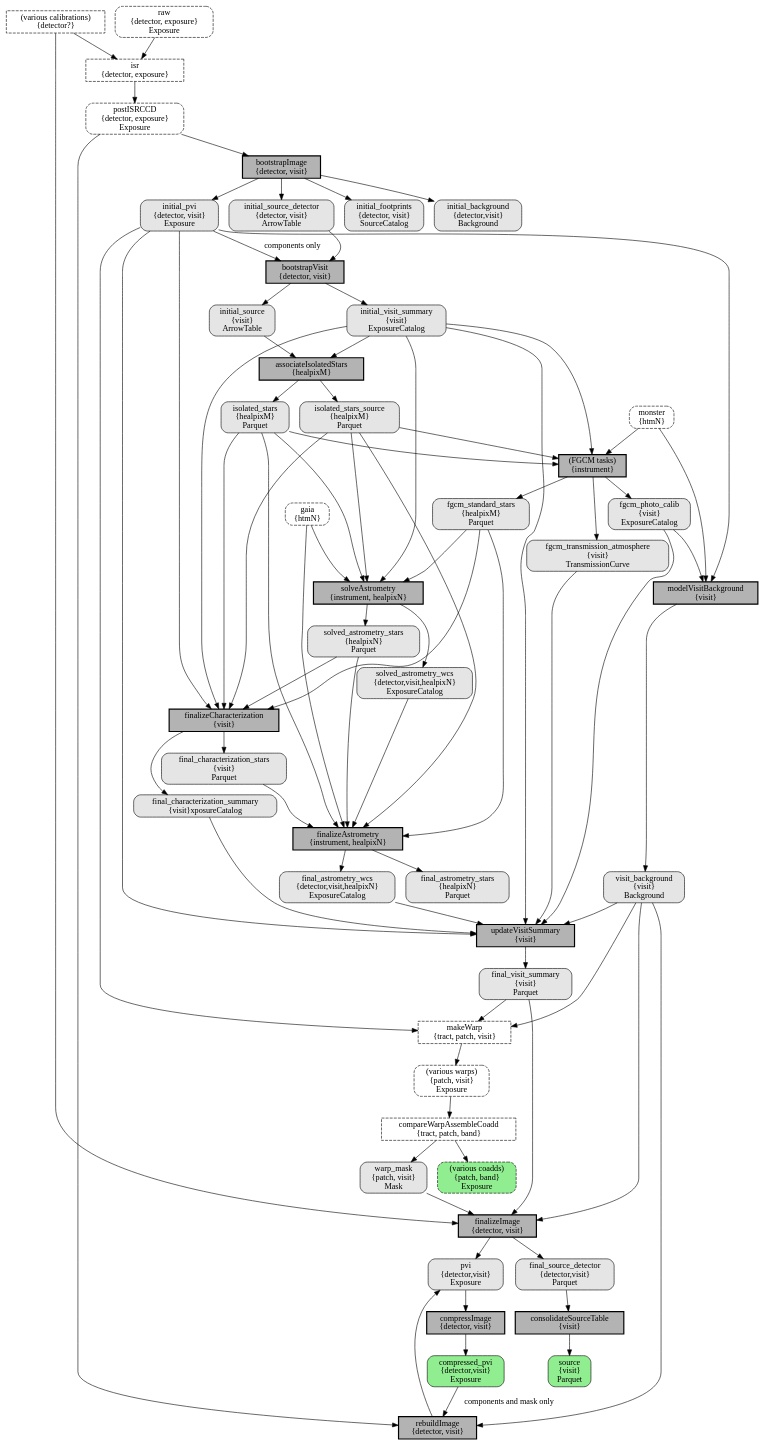
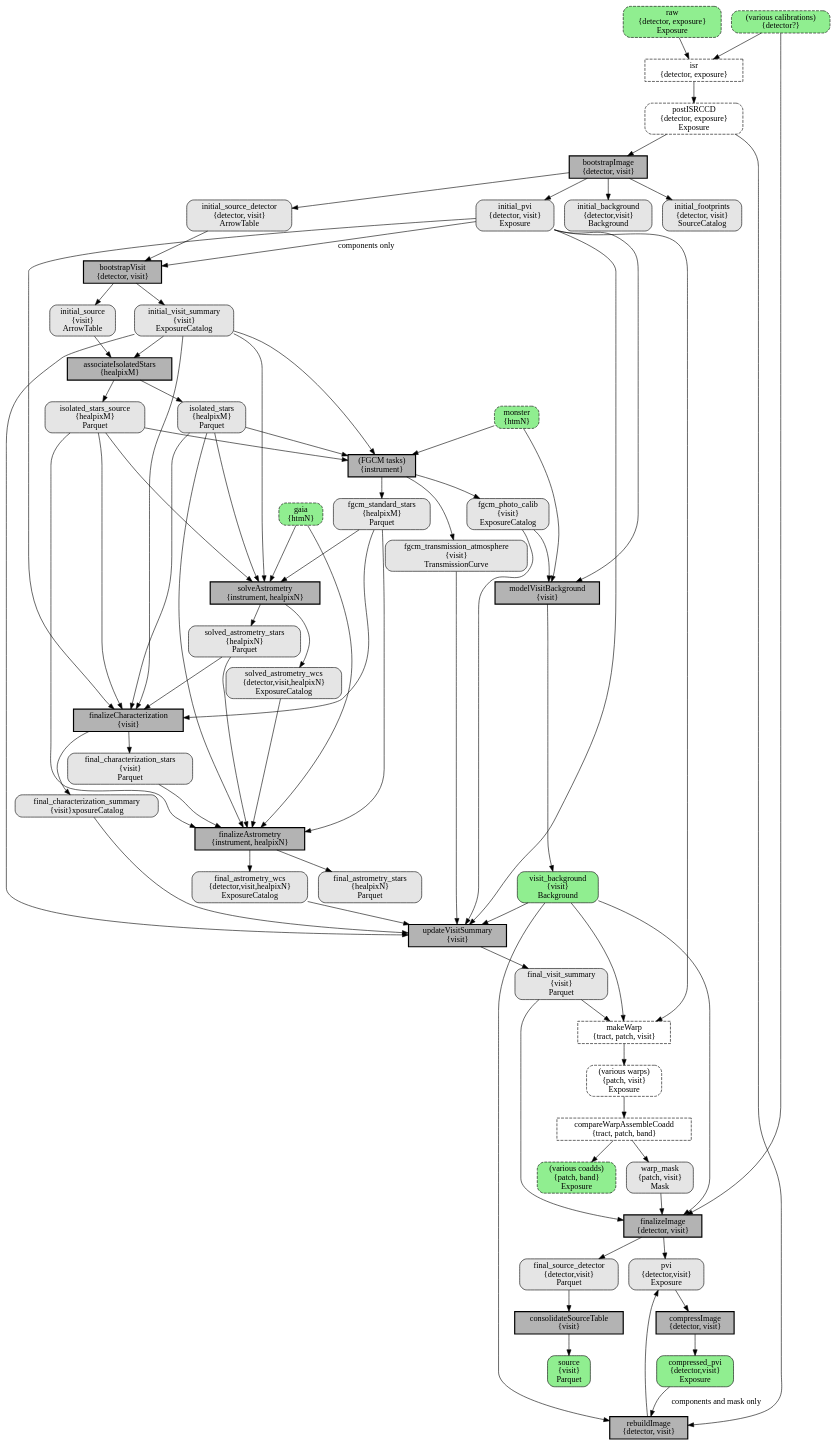
One commit to lsst-dm/dmtn-172 changed the diagram in great-calibration-refactor.dot. Above: the diagram before and after it, drawn with Graphviz. The commit also changed 1 other file, not shown here.

```diff
--- a/great-calibration-refactor.dot
+++ b/great-calibration-refactor.dot
@@ -1,141 +1,140 @@
 digraph the_original {
     # TODO: merge finalizeCharacterization and updateVisitSummary?
     # PipelineTasks
     node [shape=box,style="dashed"];
-    calibs [label="(various calibrations)\n{detector?}"];
     isr [label="isr\n{detector, exposure}"];
     makeWarp [label="makeWarp\n{tract, patch, visit}"];
     compareWarpAssembleCoadd [label="compareWarpAssembleCoadd\n{tract, patch, band}"];
     node [shape=box,style="filled,bold",fillcolor="gray70"];
     bootstrapImage [label="bootstrapImage\n{detector, visit}"];
     bootstrapVisit [label="bootstrapVisit\n{detector, visit}"];
     associateIsolatedStars [label="associateIsolatedStars\n{healpixM}"];
     solveAstrometry [label="solveAstrometry\n{instrument, healpixN}"];
     fgcm [label="(FGCM tasks)\n{instrument}"];
     modelVisitBackground [label="modelVisitBackground\n{visit}"];
     finalizeCharacterization [label="finalizeCharacterization\n{visit}"];
     finalizeAstrometry [label="finalizeAstrometry\n{instrument, healpixN}"];
     updateVisitSummary [label="updateVisitSummary\n{visit}"];
     finalizeImage [label="finalizeImage\n{detector, visit}"];
     rebuildImage [label="rebuildImage\n{detector, visit}"];
     consolidateSourceTable [label="consolidateSourceTable\n{visit}"];
     compressImage [label="compressImage\n{detector, visit}"];
     # DatasetTypes
     node [style="rounded,dashed", fillcolor="gray20"];
-    raw [label="raw\n{detector, exposure}\nExposure"];
     postISRCCD [label="postISRCCD\n{detector, exposure}\nExposure"];
-    gaia [label="gaia\n{htmN}"];
-    monster [label="monster\n{htmN}"];
     warps [label="(various warps)\n{patch, visit}\nExposure"];
     node [style="rounded,filled", fillcolor="gray90"];
     initial_pvi [label="initial_pvi\n{detector, visit}\nExposure"];
     initial_background [label="initial_background\n{detector,visit}\nBackground"];
     initial_source_detector [label="initial_source_detector\n{detector, visit}\nArrowTable"];
     initial_footprints [label="initial_footprints\n{detector, visit}\nSourceCatalog"];
     initial_visit_summary [label="initial_visit_summary\n{visit}\nExposureCatalog"];
     initial_source [label="initial_source\n{visit}\nArrowTable"];
     isolated_stars_source [label="isolated_stars_source\n{healpixM}\nParquet"];
     isolated_stars [label="isolated_stars\n{healpixM}\nParquet"];
     fgcm_photo_calib [label="fgcm_photo_calib\n{visit}\nExposureCatalog"];
     fgcm_transmission_atmosphere [label="fgcm_transmission_atmosphere\n{visit}\nTransmissionCurve"];
     fgcm_standard_stars [label="fgcm_standard_stars\n{healpixM}\nParquet"];
     solved_astrometry_wcs [label="solved_astrometry_wcs\n{detector,visit,healpixN}\nExposureCatalog"];
     solved_astrometry_stars [label="solved_astrometry_stars\n{healpixN}\nParquet"];
-    visit_background [label="visit_background\n{visit}\nBackground"];
     final_characterization_summary [label="final_characterization_summary\n{visit}\ExposureCatalog"];
     final_characterization_stars [label="final_characterization_stars\n{visit}\nParquet"];
     final_astrometry_wcs [label="final_astrometry_wcs\n{detector,visit,healpixN}\nExposureCatalog"];
     final_astrometry_stars [label="final_astrometry_stars\n{healpixN}\nParquet"];
     final_visit_summary [label="final_visit_summary\n{visit}\nParquet"];
     warp_mask [label="warp_mask\n{patch, visit}\nMask"];
     pvi [label="pvi\n{detector,visit}\nExposure"];
     final_source_detector [label="final_source_detector\n{detector,visit}\nParquet"];
     node [style="rounded,filled", fillcolor="lightgreen"];
+    visit_background [label="visit_background\n{visit}\nBackground"];
     source [label="source\n{visit}\nParquet"];
     compressed_pvi [label="compressed_pvi\n{detector,visit}\nExposure"];
-    warp_mask [label="warp_mask\n{patch, visit}\nMask"];
     pvi [label="pvi\n{detector,visit}\nExposure"];
     node [style="rounded,dashed,filled", fillcolor="lightgreen"];
+    raw [label="raw\n{detector, exposure}\nExposure"];
+    calibs [label="(various calibrations)\n{detector?}"];
     coadds [label="(various coadds)\n{patch, band}\nExposure"];
+    gaia [label="gaia\n{htmN}"];
+    monster [label="monster\n{htmN}"];
     # Connections.
     calibs -> isr;
     raw -> isr;
     isr -> postISRCCD;
     postISRCCD -> bootstrapImage;
     bootstrapImage -> initial_pvi;
     bootstrapImage -> initial_background;
     bootstrapImage -> initial_source_detector;
     bootstrapImage -> initial_footprints;
     initial_pvi -> bootstrapVisit [label="components only"];
     initial_source_detector -> bootstrapVisit;
     bootstrapVisit -> initial_visit_summary;
     bootstrapVisit -> initial_source;
     initial_source -> associateIsolatedStars;
     initial_visit_summary -> associateIsolatedStars;
     associateIsolatedStars -> isolated_stars_source;
     associateIsolatedStars -> isolated_stars;
     initial_visit_summary -> fgcm;
     isolated_stars -> fgcm;
     isolated_stars_source -> fgcm;
     monster -> fgcm;
     fgcm -> fgcm_photo_calib;
     fgcm -> fgcm_transmission_atmosphere;
     fgcm -> fgcm_standard_stars;
     initial_visit_summary -> solveAstrometry;
     isolated_stars -> solveAstrometry;
     isolated_stars_source -> solveAstrometry;
     gaia -> solveAstrometry;
     fgcm_standard_stars -> solveAstrometry;
     solveAstrometry -> solved_astrometry_stars;
     solveAstrometry -> solved_astrometry_wcs;
     initial_pvi -> modelVisitBackground;
     fgcm_photo_calib -> modelVisitBackground;
     monster -> modelVisitBackground;
     modelVisitBackground -> visit_background;
     initial_pvi -> finalizeCharacterization;
     initial_visit_summary -> finalizeCharacterization;
     isolated_stars -> finalizeCharacterization;
     isolated_stars_source -> finalizeCharacterization;
     fgcm_standard_stars -> finalizeCharacterization;
     solved_astrometry_stars -> finalizeCharacterization;
     finalizeCharacterization -> final_characterization_summary;
     finalizeCharacterization -> final_characterization_stars;
     solved_astrometry_stars -> finalizeAstrometry;
     solved_astrometry_wcs -> finalizeAstrometry;
     final_characterization_stars -> finalizeAstrometry;
     isolated_stars -> finalizeAstrometry;
     isolated_stars_source -> finalizeAstrometry;
     gaia -> finalizeAstrometry;
     fgcm_standard_stars -> finalizeAstrometry;
     finalizeAstrometry -> final_astrometry_stars;
     finalizeAstrometry -> final_astrometry_wcs;
     initial_visit_summary -> updateVisitSummary;
     initial_pvi -> updateVisitSummary;
     final_characterization_summary -> updateVisitSummary;
     final_astrometry_wcs -> updateVisitSummary;
     fgcm_photo_calib -> updateVisitSummary;
     visit_background -> updateVisitSummary;
     fgcm_transmission_atmosphere -> updateVisitSummary;
     updateVisitSummary -> final_visit_summary;
     initial_pvi -> makeWarp;
     visit_background -> makeWarp;
     final_visit_summary -> makeWarp;
     makeWarp -> warps;
     warps -> compareWarpAssembleCoadd;
     compareWarpAssembleCoadd -> coadds;
     compareWarpAssembleCoadd -> warp_mask;
     warp_mask -> finalizeImage;
     final_visit_summary -> finalizeImage;
     visit_background -> finalizeImage;
     calibs -> finalizeImage;
     finalizeImage -> pvi;
     finalizeImage -> final_source_detector;
     visit_background -> rebuildImage;
     compressed_pvi -> rebuildImage [label="components and mask only"];
     postISRCCD -> rebuildImage;
     rebuildImage -> pvi;
     final_source_detector -> consolidateSourceTable;
     consolidateSourceTable -> source;
     pvi -> compressImage;
     compressImage -> compressed_pvi;
 }
```
